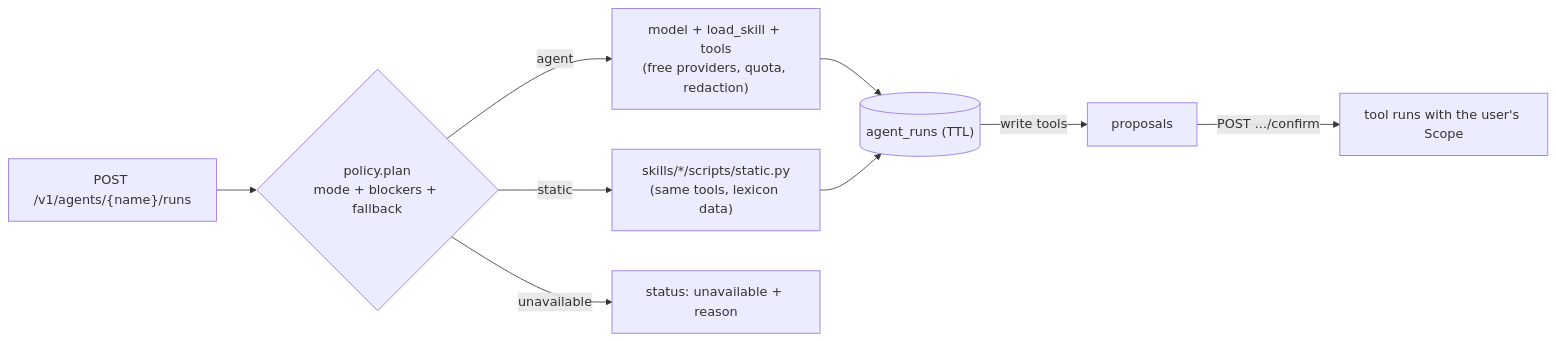
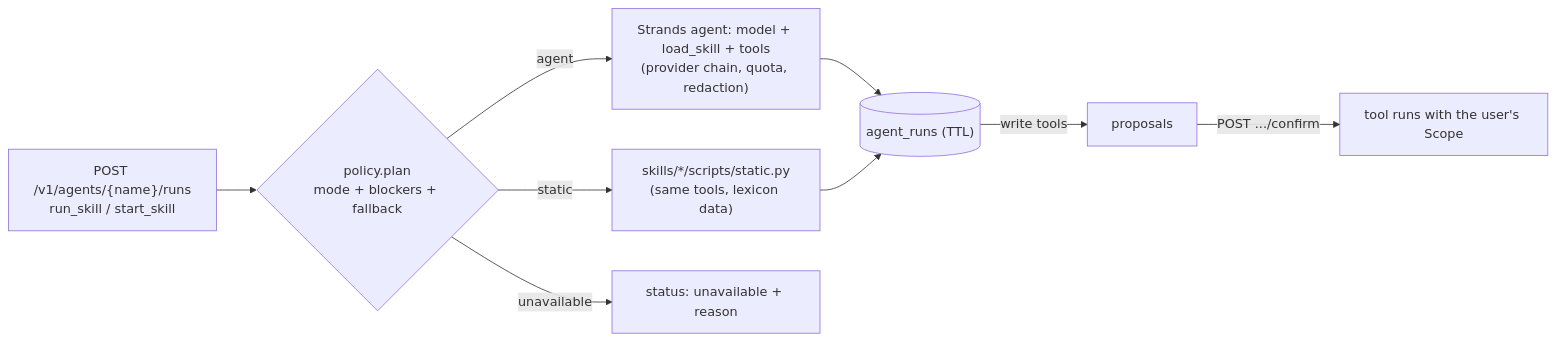
Before and after one commit to poornimapm/tech-toppings-backend-v1: the fourth of 4 diagrams in docs/architecture.md, drawn with Mermaid. The commit also changed other lines of this file and 49 other files, not shown here.

First line of the commit message:
Add comprehensive tests for background runs in the agent platform

````diff
--- a/docs/architecture.md
+++ b/docs/architecture.md
@@ -323,10 +324,10 @@
 ```mermaid
 flowchart LR
-  Ask["POST /v1/agents/{name}/runs"] --> Plan{"policy.plan<br/>mode + blockers + fallback"}
-  Plan -- agent --> Loop["model + load_skill + tools<br/>(free providers, quota, redaction)"]
+  Ask["POST /v1/agents/{name}/runs<br/>run_skill / start_skill"] --> Plan{"policy.plan<br/>mode + blockers + fallback"}
+  Plan -- agent --> Loop["Strands agent: model + load_skill + tools<br/>(provider chain, quota, redaction)"]
   Plan -- static --> Script["skills/*/scripts/static.py<br/>(same tools, lexicon data)"]
   Plan -- unavailable --> Honest["status: unavailable + reason"]
   Loop --> Run[("agent_runs (TTL)")]
   Script --> Run
   Run -- "write tools" --> Proposal["proposals"] -- "POST .../confirm" --> Tool["tool runs with the user's Scope"]
 ```
````
